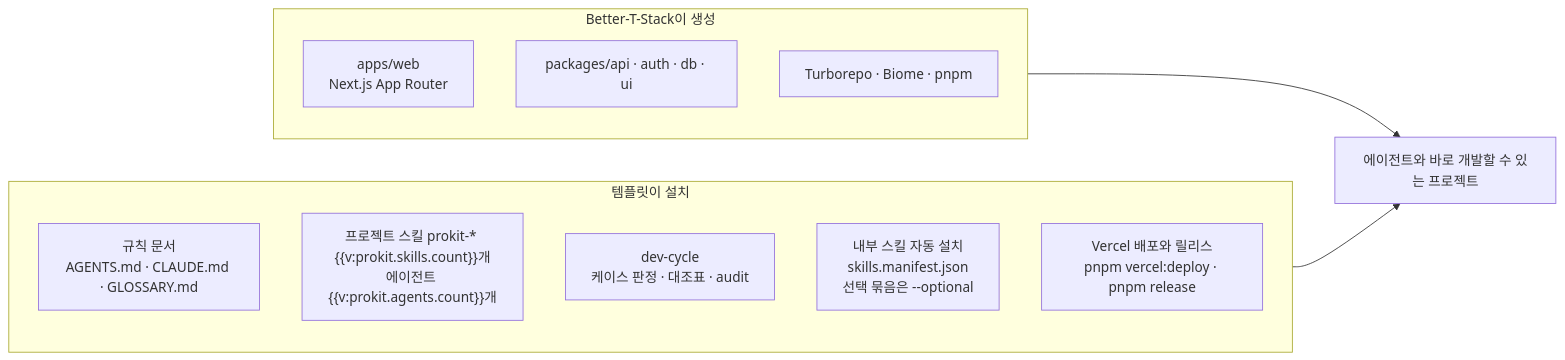
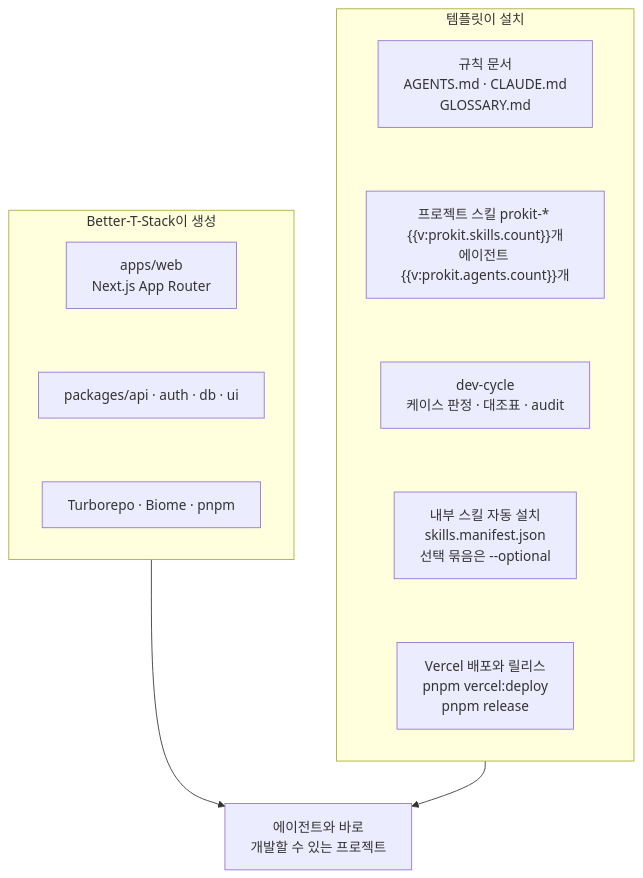
Before and after one commit to roadkwon-ai/pro-kit: the diagram in docs/blocks/what-it-adds-diagram.md, drawn with Mermaid. The commit also changed 4 other files, not shown here.

````diff
--- a/docs/blocks/what-it-adds-diagram.md
+++ b/docs/blocks/what-it-adds-diagram.md
@@ -2,19 +2,26 @@
 ```mermaid
-flowchart LR
+---
+config:
+  flowchart:
+    wrappingWidth: 220
+---
+flowchart TB
   subgraph BTS["Better-T-Stack이 생성"]
     direction TB
     B1["apps/web<br/>Next.js App Router"]
     B2["packages/api · auth · db · ui"]
     B3["Turborepo · Biome · pnpm"]
   end
   subgraph TPL["템플릿이 설치"]
     direction TB
-    T1["규칙 문서<br/>AGENTS.md · CLAUDE.md · GLOSSARY.md"]
+    T1["규칙 문서<br/>AGENTS.md · CLAUDE.md<br/>GLOSSARY.md"]
     T2["프로젝트 스킬 prokit-* {{v:prokit.skills.count}}개<br/>에이전트 {{v:prokit.agents.count}}개"]
     T3["dev-cycle<br/>케이스 판정 · 대조표 · audit"]
     T4["내부 스킬 자동 설치<br/>skills.manifest.json<br/>선택 묶음은 --optional"]
-    T5["Vercel 배포와 릴리스<br/>pnpm vercel:deploy · pnpm release"]
+    T5["Vercel 배포와 릴리스<br/>pnpm vercel:deploy<br/>pnpm release"]
   end
-  BTS --> APP["에이전트와 바로 개발할 수 있는 프로젝트"]
+  B1 ~~~ B2 ~~~ B3
+  T1 ~~~ T2 ~~~ T3 ~~~ T4 ~~~ T5
+  BTS --> APP["에이전트와 바로<br/>개발할 수 있는 프로젝트"]
   TPL --> APP
 ```
````
